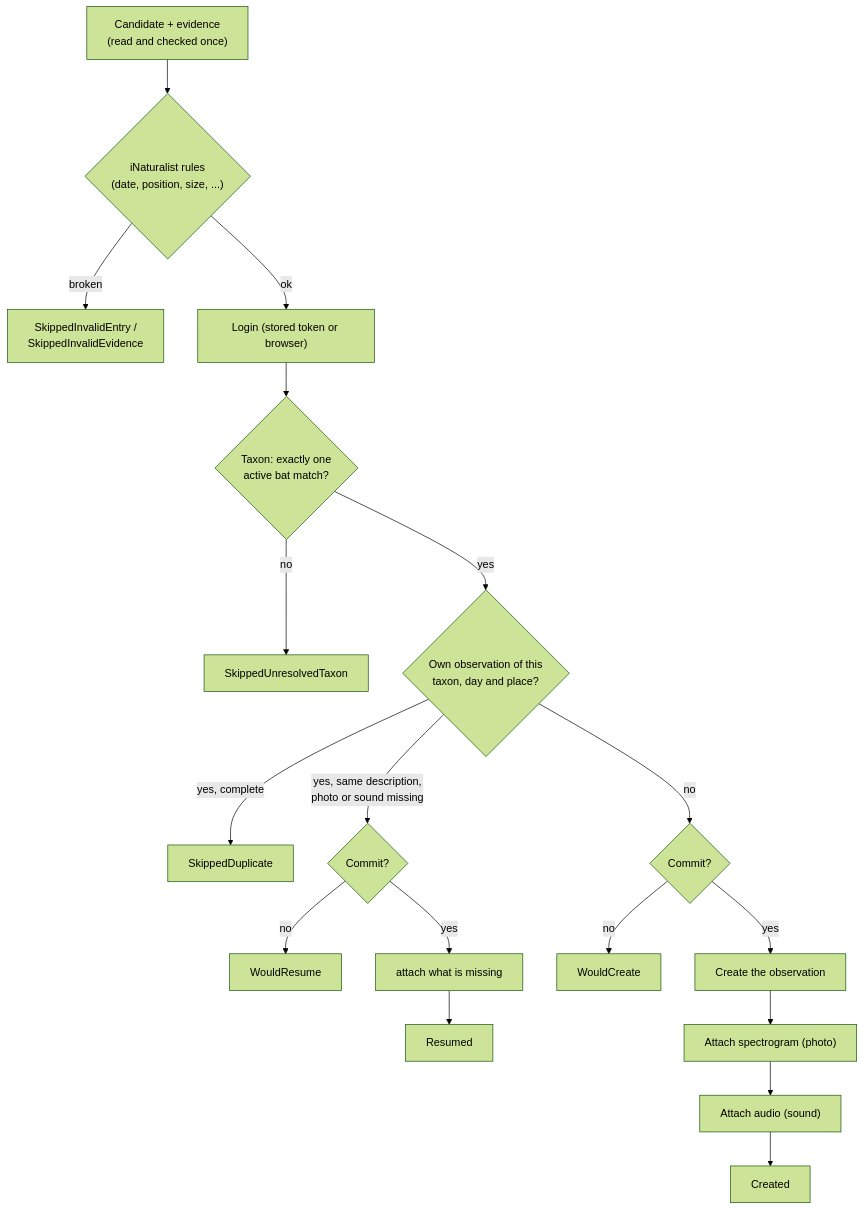
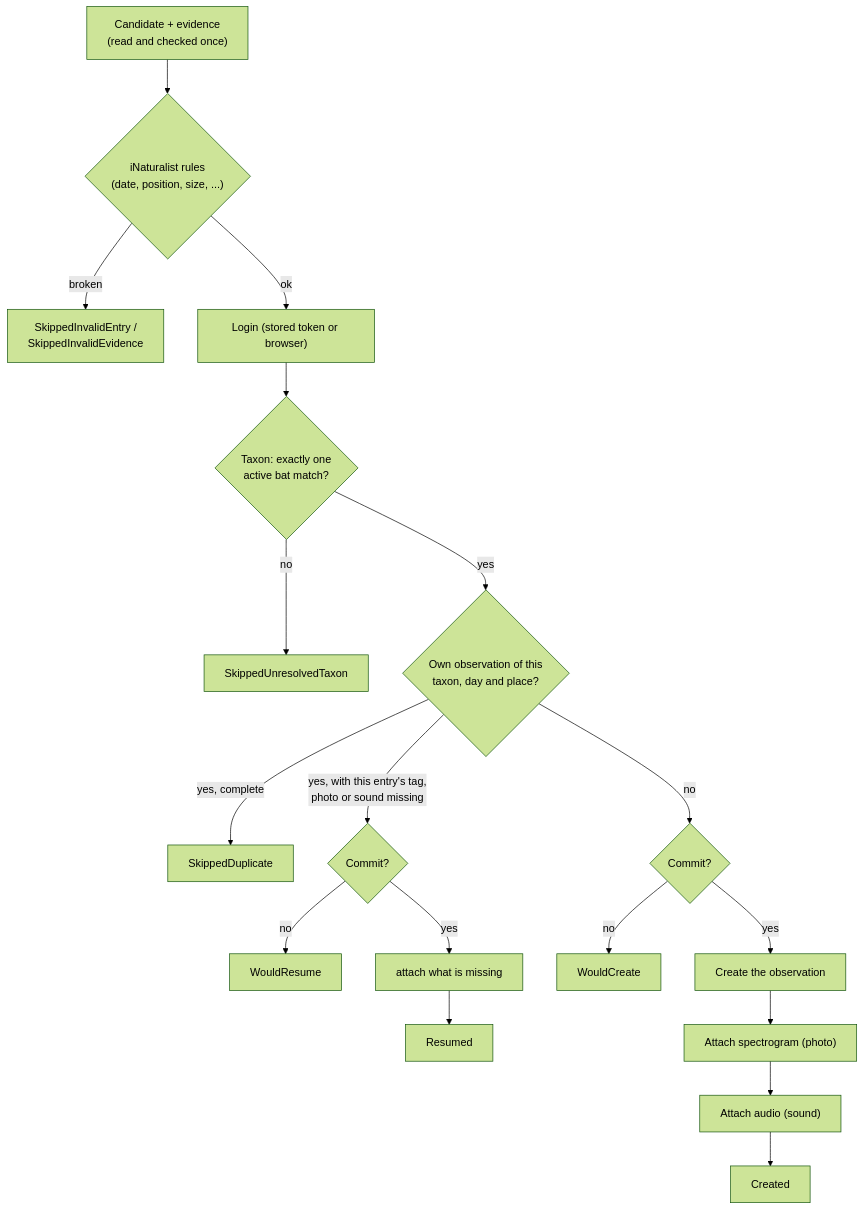
The diagram in docs/inaturalist.md (microglossum/batinspector-publisher), drawn with Mermaid (forest theme) before and after one commit. The commit also changed other lines of this file and 12 other files, not shown here.

````diff
--- a/docs/inaturalist.md
+++ b/docs/inaturalist.md
@@ -14,20 +14,20 @@
 ```mermaid
 flowchart TD
     A["Candidate + evidence<br/>(read and checked once)"] --> B{"iNaturalist rules<br/>(date, position, size, ...)"}
     B -->|broken| S1["SkippedInvalidEntry /<br/>SkippedInvalidEvidence"]
     B -->|ok| C["Login (stored token or browser)"]
     C --> D{"Taxon: exactly one<br/>active bat match?"}
     D -->|no| S2["SkippedUnresolvedTaxon"]
     D -->|yes| E{"Own observation of this<br/>taxon, day and place?"}
     E -->|"yes, complete"| S3["SkippedDuplicate"]
-    E -->|"yes, same description,<br/>photo or sound missing"| G{"Commit?"}
+    E -->|"yes, with this entry's tag,<br/>photo or sound missing"| G{"Commit?"}
     E -->|no| H{"Commit?"}
     G -->|no| W1["WouldResume"]
     G -->|yes| K["attach what is missing"]
     H -->|no| W2["WouldCreate"]
     H -->|yes| I["Create the observation"]
     I --> J["Attach spectrogram (photo)"]
     J --> K2["Attach audio (sound)"]
     K --> R["Resumed"]
     K2 --> CR["Created"]
 ```
````
